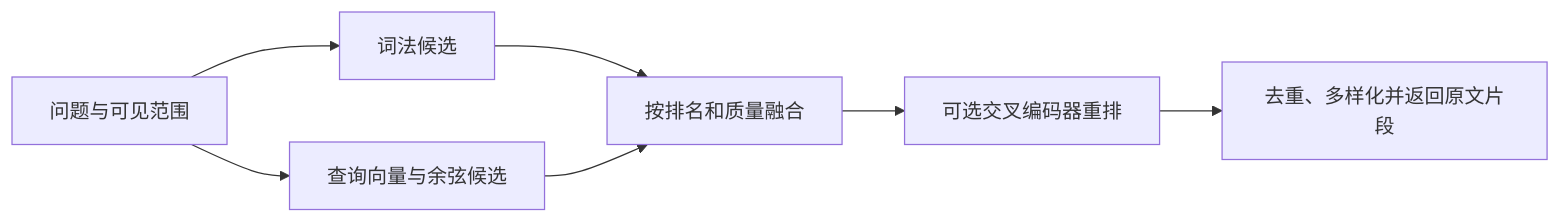
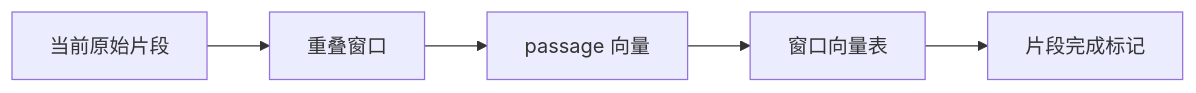
The diagram in .repo-review/knowledge/articles/88b6ad2760e38375526220fcfb2546cb978618c3390bf459bf10380d0a719db0.md (lejunyang/omem), drawn with Mermaid before and after one commit. The commit also changed other lines of this file and 11 other files, not shown here.

````diff
--- a/.repo-review/knowledge/articles/88b6ad2760e38375526220fcfb2546cb978618c3390bf459bf10380d0a719db0.md
+++ b/.repo-review/knowledge/articles/88b6ad2760e38375526220fcfb2546cb978618c3390bf459bf10380d0a719db0.md
@@ -19,9 +21,7 @@
 ```mermaid
 flowchart LR
-  Q[问题与可见范围] --> L[词法候选]
-  Q --> D[查询向量与余弦候选]
-  L --> F[按排名和质量融合]
-  D --> F
-  F --> R[可选交叉编码器重排]
-  R --> O[去重、多样化并返回原文片段]
+  A[当前原始片段] --> B[重叠窗口]
+  B --> C[passage 向量]
+  C --> D[窗口向量表]
+  D --> E[片段完成标记]
 ```
````
